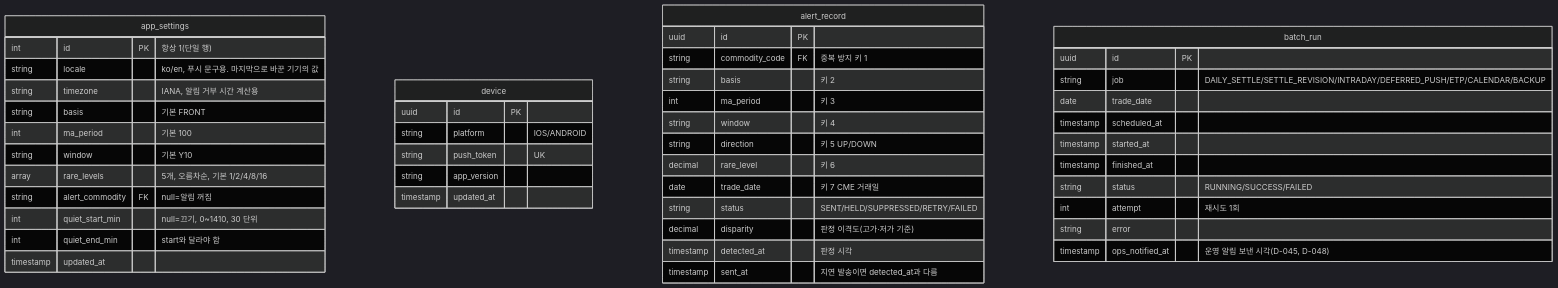
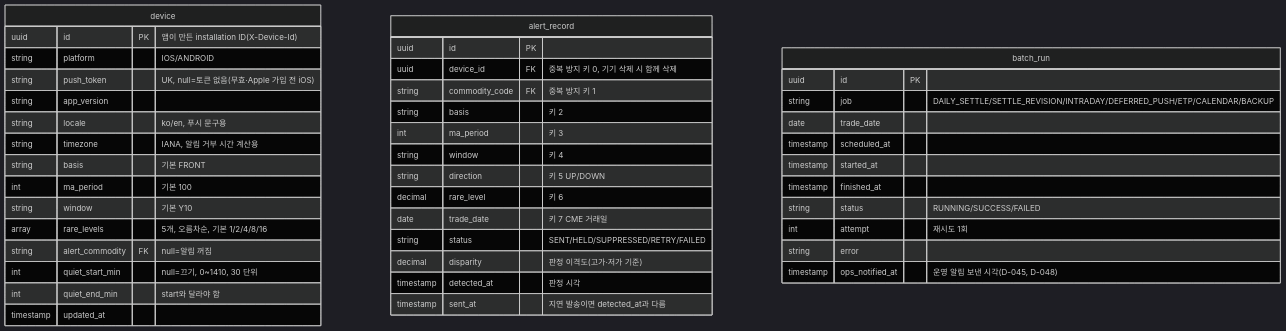
Before and after one commit to seyoun10/futureETP: the third of 3 diagrams in docs/data-model.md, drawn with Mermaid (dark theme). The commit also changed other lines of this file and 5 other files, not shown here.

Commit message:
docs: decide per-device settings keyed by an app installation id (D-120)

````diff
--- a/docs/data-model.md
+++ b/docs/data-model.md
@@ -233,49 +233,46 @@
 ```mermaid
 erDiagram
-    app_settings {
-        int id PK "항상 1(단일 행)"
-        string locale "ko/en, 푸시 문구용. 마지막으로 바꾼 기기의 값"
+    device {
+        uuid id PK "앱이 만든 installation ID(X-Device-Id)"
+        string platform "IOS/ANDROID"
+        string push_token "UK, null=토큰 없음(무효·Apple 가입 전 iOS)"
+        string app_version
+        string locale "ko/en, 푸시 문구용"
         string timezone "IANA, 알림 거부 시간 계산용"
         string basis "기본 FRONT"
         int ma_period "기본 100"
         string window "기본 Y10"
         array rare_levels "5개, 오름차순, 기본 1/2/4/8/16"
         string alert_commodity FK "null=알림 꺼짐"
         int quiet_start_min "null=끄기, 0~1410, 30 단위"
         int quiet_end_min "start와 달라야 함"
         timestamp updated_at
     }
-    device {
-        uuid id PK
-        string platform "IOS/ANDROID"
-        string push_token "UK"
-        string app_version
-        timestamp updated_at
-    }
     alert_record {
         uuid id PK
+        uuid device_id FK "중복 방지 키 0, 기기 삭제 시 함께 삭제"
         string commodity_code FK "중복 방지 키 1"
         string basis "키 2"
         int ma_period "키 3"
         string window "키 4"
         string direction "키 5 UP/DOWN"
         decimal rare_level "키 6"
         date trade_date "키 7 CME 거래일"
         string status "SENT/HELD/SUPPRESSED/RETRY/FAILED"
         decimal disparity "판정 이격도(고가·저가 기준)"
         timestamp detected_at "판정 시각"
         timestamp sent_at "지연 발송이면 detected_at과 다름"
     }
     batch_run {
         uuid id PK
         string job "DAILY_SETTLE/SETTLE_REVISION/INTRADAY/DEFERRED_PUSH/ETP/CALENDAR/BACKUP"
         date trade_date
         timestamp scheduled_at
         timestamp started_at
         timestamp finished_at
         string status "RUNNING/SUCCESS/FAILED"
         int attempt "재시도 1회"
         string error
         timestamp ops_notified_at "운영 알림 보낸 시각(D-045, D-048)"
     }
 ```
````
